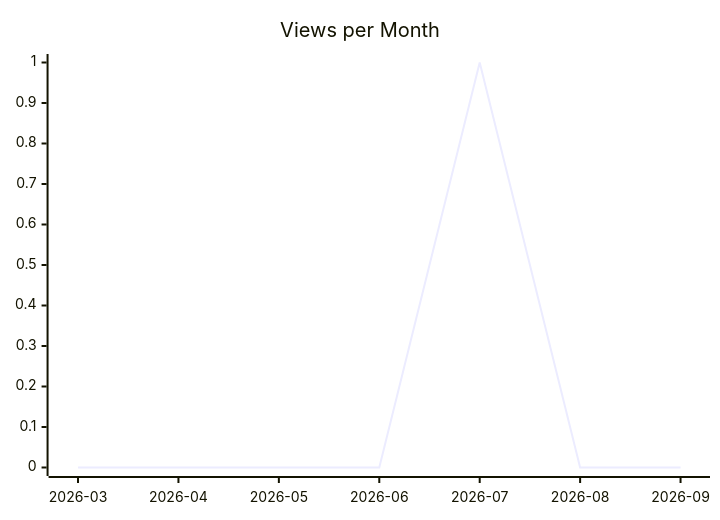
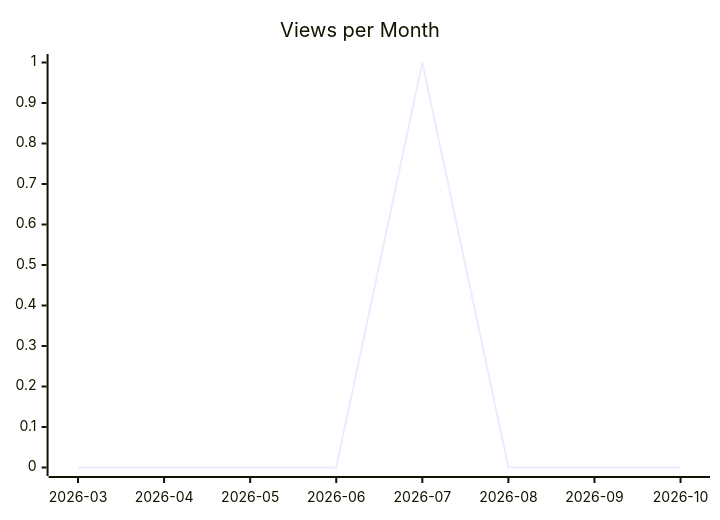
Before and after one commit to justdavis-family/github-analytics-data: the second of 3 diagrams in karlmdavis/bbonfhir-dev-infra-docker/README.md, drawn with Mermaid. The commit also changed other lines of this file and 202 other files, not shown here.

````diff
--- a/karlmdavis/bbonfhir-dev-infra-docker/README.md
+++ b/karlmdavis/bbonfhir-dev-infra-docker/README.md
@@ -12,6 +12,6 @@
 ```mermaid
 xychart-beta
   title "Views per Month"
-  x-axis ["2026-03", "2026-04", "2026-05", "2026-06", "2026-07", "2026-08", "2026-09"]
-  line [0, 0, 0, 0, 1, 0, 0]
+  x-axis ["2026-03", "2026-04", "2026-05", "2026-06", "2026-07", "2026-08", "2026-09", "2026-10"]
+  line [0, 0, 0, 0, 1, 0, 0, 0]
 ```
````
